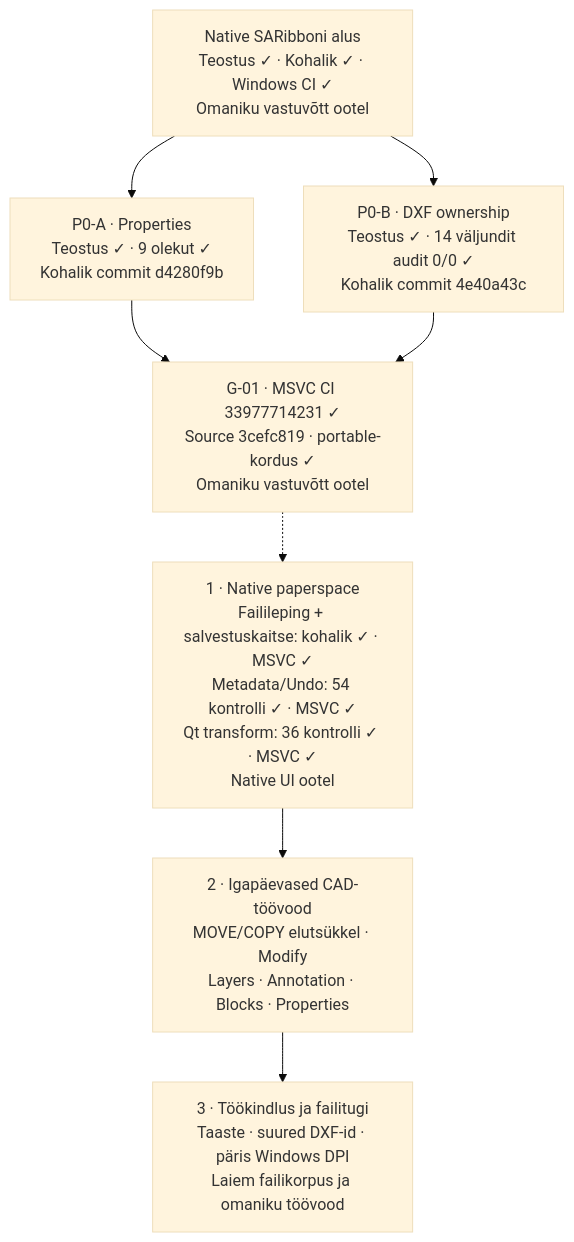
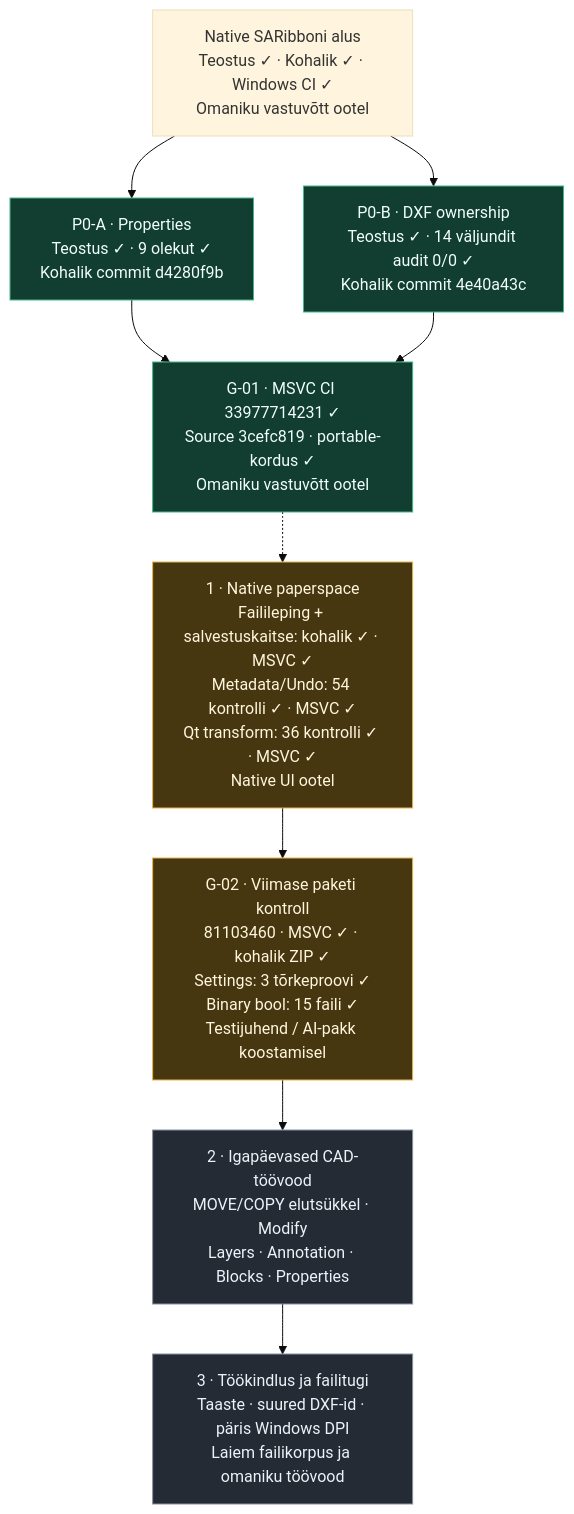
The first of 2 diagrams in docs/ROADMAP.md (T3stin-svg/kuubik-draw-native), drawn with Mermaid (base theme) before and after one commit. The commit also changed other lines of this file and 19 other files, not shown here.

````diff
--- a/docs/ROADMAP.md
+++ b/docs/ROADMAP.md
@@ -87,16 +21,23 @@
 ```mermaid
 flowchart TD
     UI["Native SARibboni alus<br/>Teostus ✓ · Kohalik ✓ · Windows CI ✓<br/>Omaniku vastuvõtt ootel"]
     A["P0-A · Properties<br/>Teostus ✓ · 9 olekut ✓<br/>Kohalik commit d4280f9b"]
     B["P0-B · DXF ownership<br/>Teostus ✓ · 14 väljundit audit 0/0 ✓<br/>Kohalik commit 4e40a43c"]
     G["G-01 · MSVC CI 33977714231 ✓<br/>Source 3cefc819 · portable-kordus ✓<br/>Omaniku vastuvõtt ootel"]
     P["1 · Native paperspace<br/>Failileping + salvestuskaitse: kohalik ✓ · MSVC ✓<br/>Metadata/Undo: 54 kontrolli ✓ · MSVC ✓<br/>Qt transform: 36 kontrolli ✓ · MSVC ✓<br/>Native UI ootel"]
+    V["G-02 · Viimase paketi kontroll<br/>81103460 · MSVC ✓ · kohalik ZIP ✓<br/>Settings: 3 tõrkeproovi ✓<br/>Binary bool: 15 faili ✓<br/>Testijuhend / AI-pakk koostamisel"]
     C["2 · Igapäevased CAD-töövood<br/>MOVE/COPY elutsükkel · Modify<br/>Layers · Annotation · Blocks · Properties"]
     R["3 · Töökindlus ja failitugi<br/>Taaste · suured DXF-id · päris Windows DPI<br/>Laiem failikorpus ja omaniku töövood"]
     UI --> A
     UI --> B
     A --> G
     B --> G
     G -.-> P
-    P --> C --> R
+    P --> V --> C --> R
+    classDef verified fill:#123d31,stroke:#42b887,color:#f0fff8
+    classDef active fill:#473711,stroke:#e4b648,color:#fff6dc
+    classDef pending fill:#252b35,stroke:#8592a3,color:#edf2f8
+    class A,B,G verified
+    class P,V active
+    class C,R pending
 ```
````
